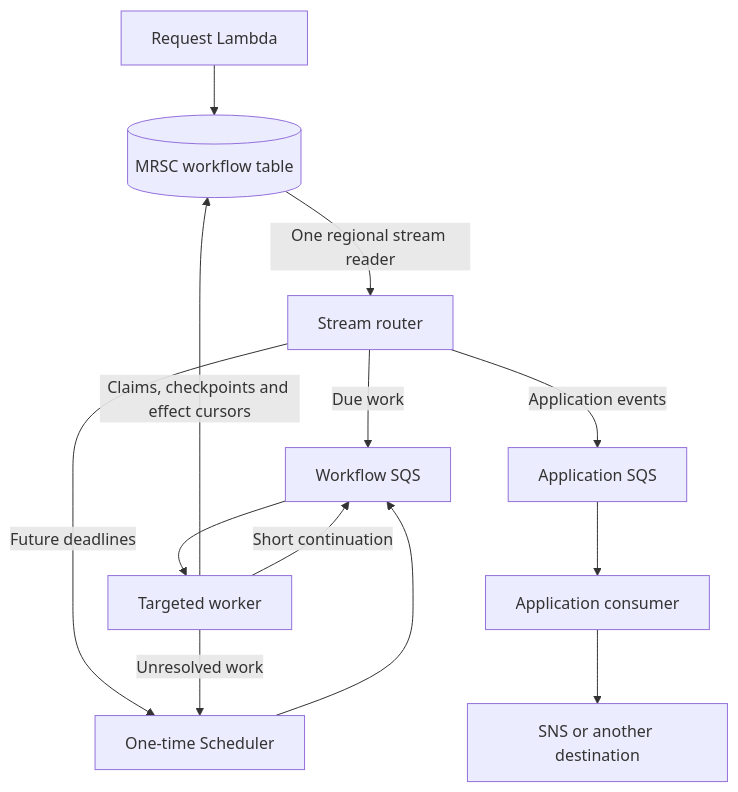
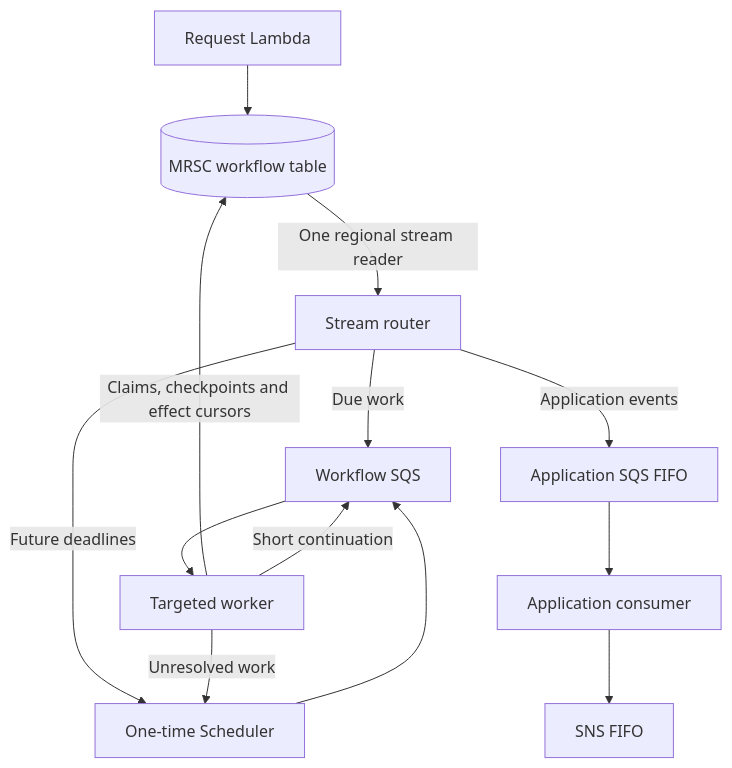
One commit to ataylorme/tanstack-workflow-aws changed the diagram in README.md. Above: the diagram before and after it, drawn with Mermaid. The commit also changed other lines of this file and 29 other files, not shown here.

````diff
--- a/README.md
+++ b/README.md
@@ -11,15 +11,15 @@
 ```mermaid
 flowchart TB
     api["Request Lambda"] --> table[("MRSC workflow table")]
     table -->|"One regional stream reader"| router["Stream router"]
     router -->|"Due work"| work["Workflow SQS"]
     router -->|"Future deadlines"| timer["One-time Scheduler"]
     timer --> work
     work --> worker["Targeted worker"]
     worker -->|"Claims, checkpoints and effect cursors"| table
     worker -->|"Unresolved work"| timer
     worker -->|"Short continuation"| work
-    router -->|"Application events"| events["Application SQS"]
+    router -->|"Application events"| events["Application SQS FIFO"]
     events --> consumer["Application consumer"]
-    consumer --> topic["SNS or another destination"]
+    consumer --> topic["SNS FIFO"]
 ```
````
